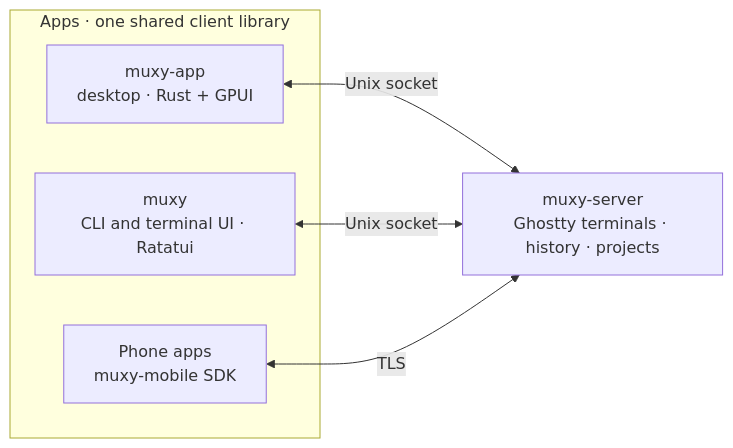
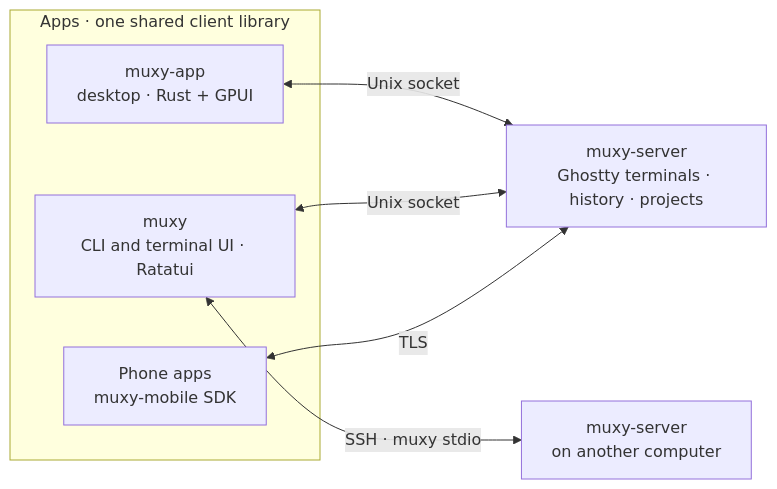
Before and after one commit to muxy-app/muxy: the diagram in docs/tech/README.md, drawn with Mermaid. The commit also changed 17 other files, not shown here.

````diff
--- a/docs/tech/README.md
+++ b/docs/tech/README.md
@@ -5,12 +5,14 @@
 ```mermaid
 flowchart LR
     subgraph APPS["Apps · one shared client library"]
         DESKTOP["muxy-app<br/>desktop · Rust + GPUI"]
         TUI["muxy<br/>CLI and terminal UI · Ratatui"]
         PHONE["Phone apps<br/>muxy-mobile SDK"]
     end
     SERVER["muxy-server<br/>Ghostty terminals · history · projects"]
+    REMOTE["muxy-server<br/>on another computer"]
     DESKTOP <-->|"Unix socket"| SERVER
     TUI <-->|"Unix socket"| SERVER
+    TUI <-->|"SSH · muxy stdio"| REMOTE
     PHONE <-->|"TLS"| SERVER
 ```
````
